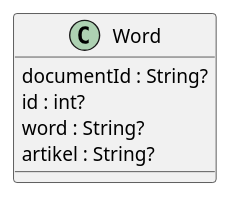
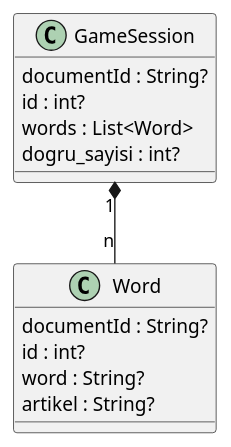
Before and after one commit to foorcun/word_artikel: the diagram in UML/class.plantuml, drawn with PlantUML. The commit also changed 14 other files, not shown here.

```diff
--- a/UML/class.plantuml
+++ b/UML/class.plantuml
@@ -1,9 +1,19 @@
 @startuml Hello Uml
 
 Class Word{
     documentId : String?
     id : int?
     word : String?
     artikel : String?
 }
+
+Class GameSession{
+    documentId : String?
+    id : int?
+    words : List<Word>
+    dogru_sayisi : int?
+    
+}
+
+GameSession "1" *-- "n" Word
 @enduml
```
